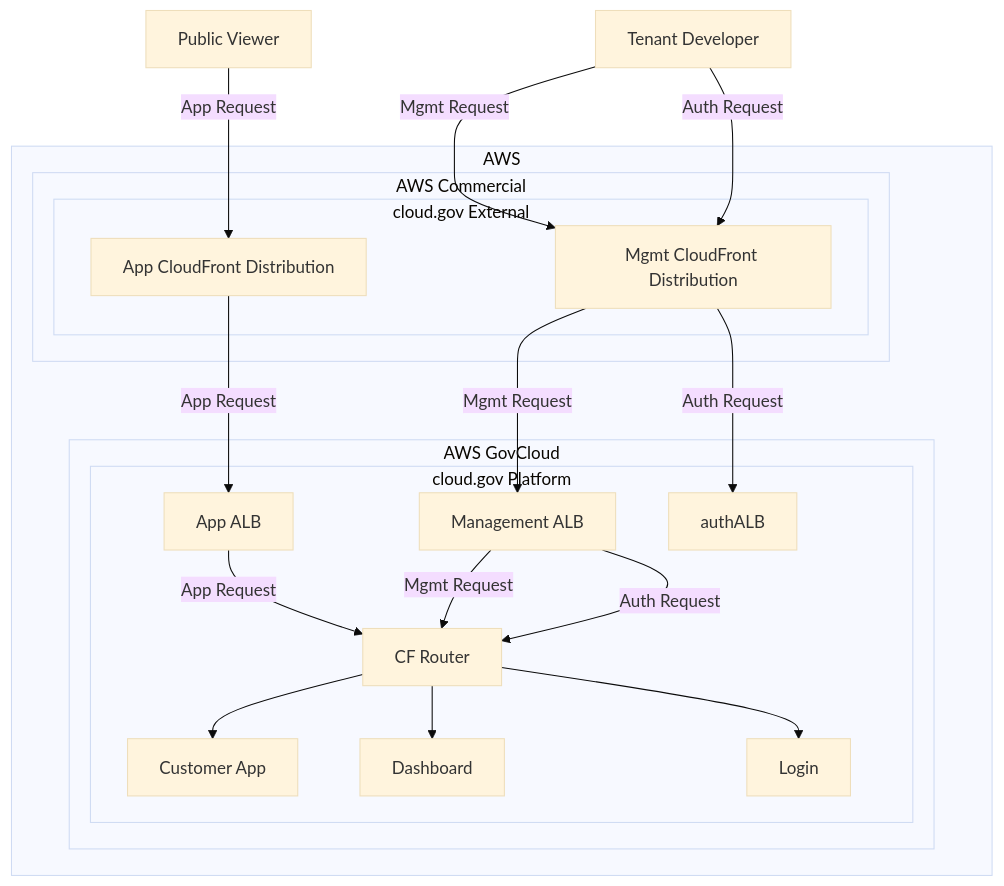
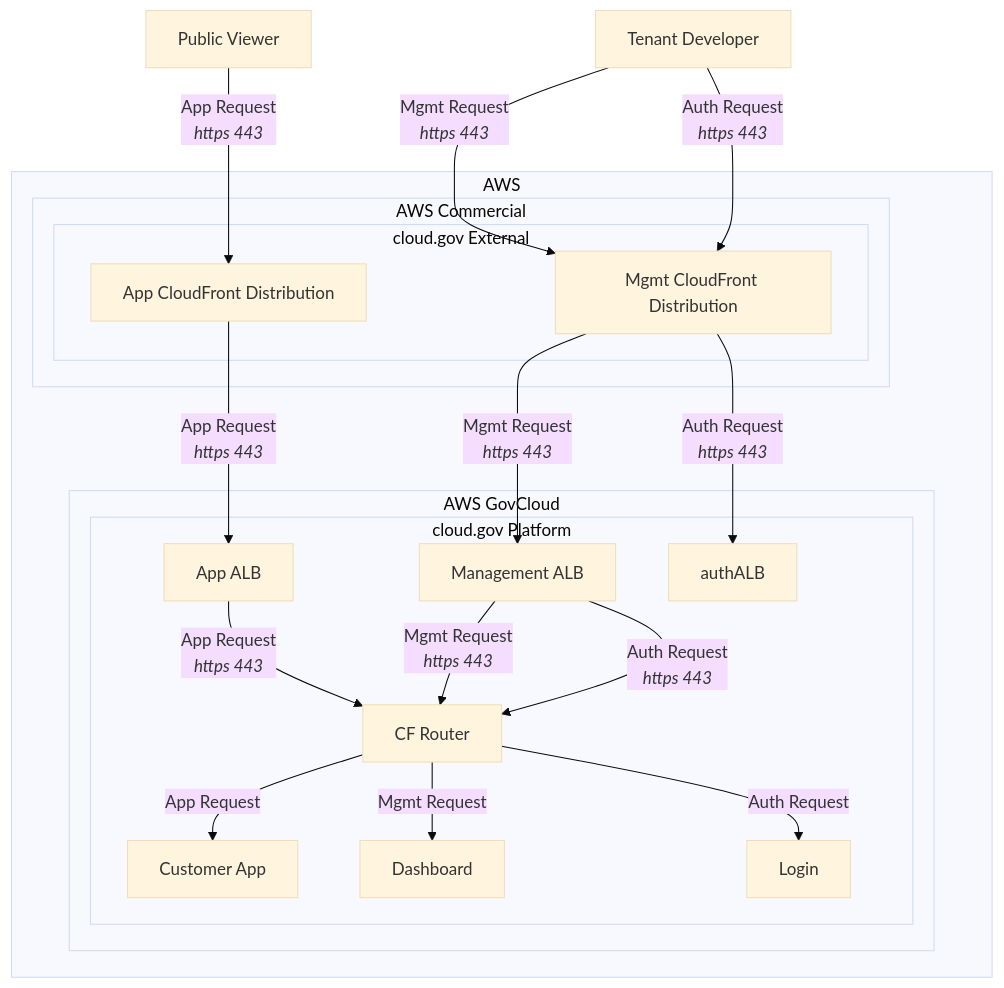
The second of 3 diagrams in adr/ADR-0009-shield-advanced.md (cloud-gov/product), drawn with Mermaid (base theme) before and after one commit. The commit also changed other lines of this file, not shown here.

Commit message:
Iterating on system diagram

````diff
--- a/adr/ADR-0009-shield-advanced.md
+++ b/adr/ADR-0009-shield-advanced.md
@@ -58,31 +58,31 @@
 ```mermaid
 graph TD
-    public[Public Viewer] -->|App Request| appCF
-    tenant[Tenant Developer] -->|Mgmt Request| mgmtCF
-    tenant[Tenant Developer] -->|Auth Request| mgmtCF
+    public[Public Viewer] -->|App Request\n<em>https 443</em>| appCF
+    tenant[Tenant Developer] -->|Mgmt Request\n<em>https 443</em>| mgmtCF
+    tenant[Tenant Developer] -->|Auth Request\n<em>https 443</em>| mgmtCF
 
     subgraph aws["AWS"]
         subgraph commercial["AWS Commercial"]
             subgraph external["cloud.gov External"]
                 appCF[App CloudFront Distribution]
                 mgmtCF[Mgmt CloudFront Distribution]
                 mgmtCF[Mgmt CloudFront Distribution]
             end
         end
         subgraph govcloud["AWS GovCloud"]
             subgraph platform["cloud.gov Platform"]
-                appCF -->|App Request| appALB
-                mgmtCF -->|Mgmt Request| mgmtALB
-                mgmtCF -->|Auth Request| authALB
+                appCF -->|App Request\n<em>https 443</em>| appALB
+                mgmtCF -->|Mgmt Request\n<em>https 443</em>| mgmtALB
+                mgmtCF -->|Auth Request\n<em>https 443</em>| authALB
 
-                appALB[App ALB] -->|App Request| router[CF Router]
-                mgmtALB[Management ALB] -->|Mgmt Request| router
-                mgmtALB[Management ALB] -->|Auth Request| router
+                appALB[App ALB] -->|App Request\n<em>https 443</em>| router[CF Router]
+                mgmtALB[Management ALB] -->|Mgmt Request\n<em>https 443</em>| router
+                mgmtALB[Management ALB] -->|Auth Request\n<em>https 443</em>| router
 
-                router --> app[Customer App]
-                router --> dashboard[Dashboard]
-                router --> login[Login]
+                router -->|App Request| app[Customer App]
+                router -->|Mgmt Request| dashboard[Dashboard]
+                router -->|Auth Request| login[Login]
             end
         end
     end
 ```
````
